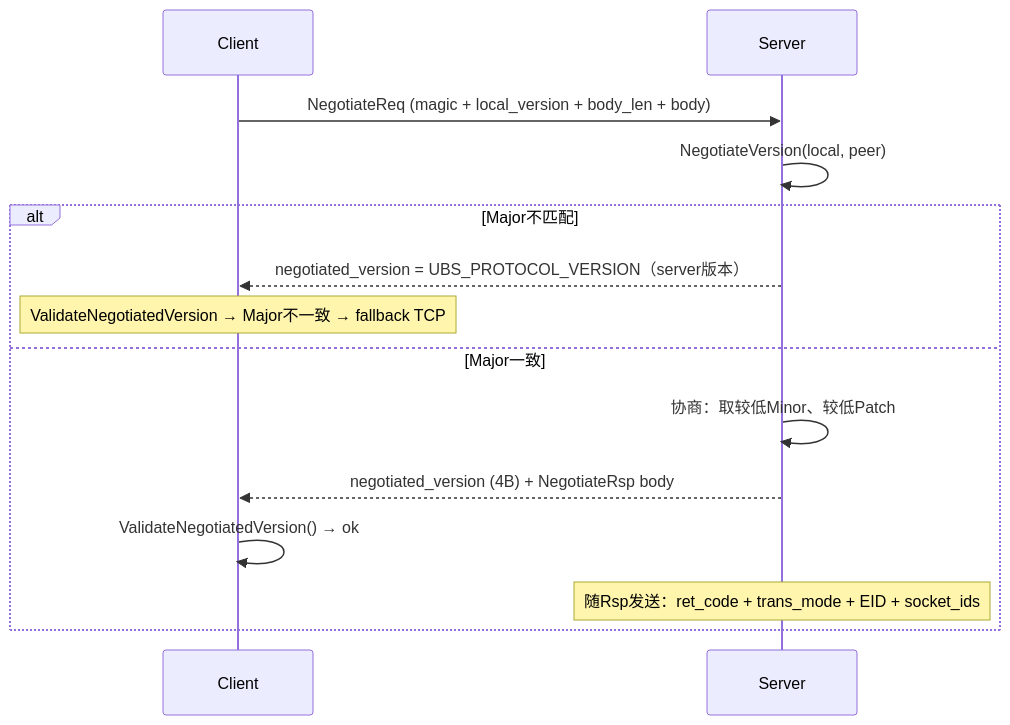
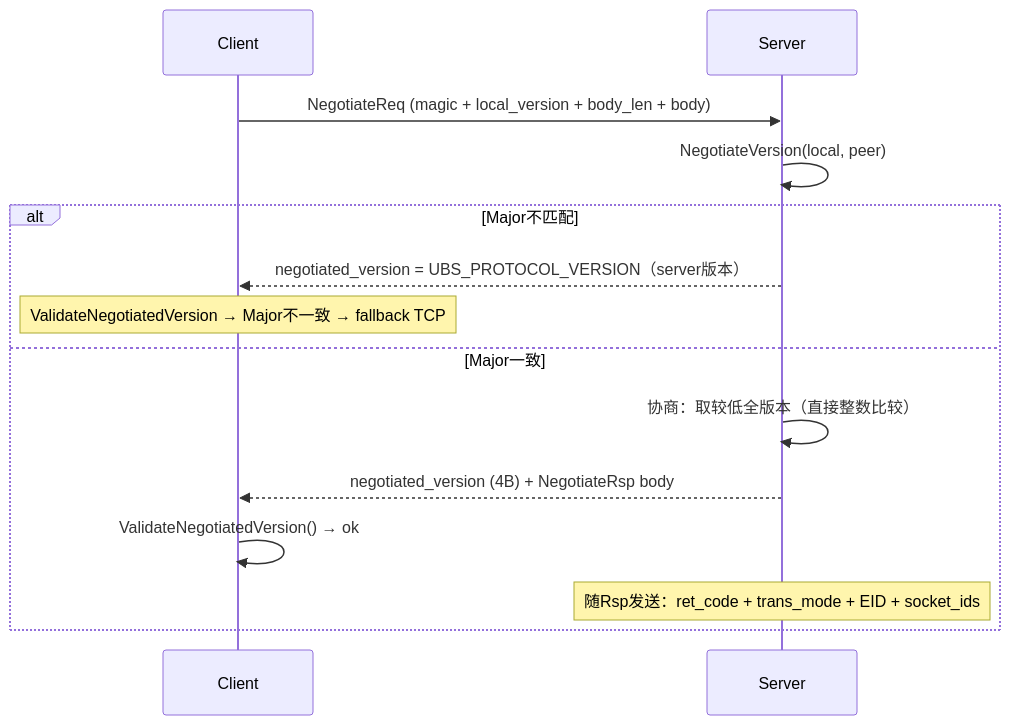
The fourth of 20 diagrams in doc/ubsocket/UBSOCKET-ARCHITECTURE.ch.md (openeuler-mirror/ubs-comm), drawn with Mermaid before and after one commit. The commit also changed other lines of this file and 2 other files, not shown here.

Commit message:
fix(ubsocket): NegotiateVersion 取较低全版本替代分量独立min

````diff
--- a/doc/ubsocket/UBSOCKET-ARCHITECTURE.ch.md
+++ b/doc/ubsocket/UBSOCKET-ARCHITECTURE.ch.md
@@ -258,17 +258,17 @@
 ```mermaid
 sequenceDiagram
     participant C as Client
     participant S as Server
 
     C->>S: NegotiateReq (magic + local_version + body_len + body)
     S->>S: NegotiateVersion(local, peer)
     alt Major不匹配
         S-->>C: negotiated_version = UBS_PROTOCOL_VERSION（server版本）
         Note over C: ValidateNegotiatedVersion → Major不一致 → fallback TCP
     else Major一致
-        S->>S: 协商：取较低Minor、较低Patch
+        S->>S: 协商：取较低全版本（直接整数比较）
         S-->>C: negotiated_version (4B) + NegotiateRsp body
         C->>C: ValidateNegotiatedVersion() → ok
         Note over S: 随Rsp发送：ret_code + trans_mode + EID + socket_ids
     end
 ```
````
